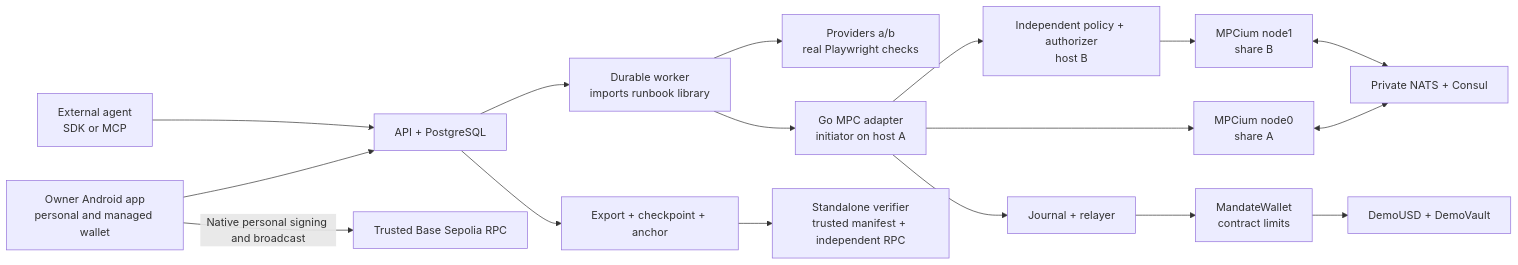
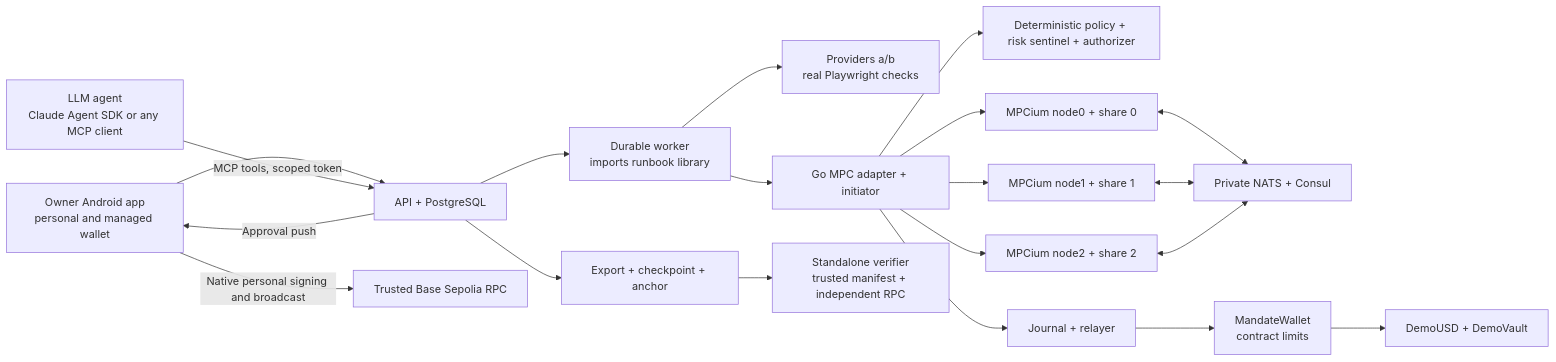
The diagram in FINAL PLAN.md (Safius-Sifat/Fintechathon), drawn with Mermaid before and after one commit. The commit also changed other lines of this file and 21 other files, not shown here.

First line of the commit message:
Plan v7: add LLM agent layer and agent-wallet policy controls

````diff
--- a/FINAL PLAN.md
+++ b/FINAL PLAN.md
@@ -48,19 +57,22 @@
 ```mermaid
 flowchart LR
   Phone[Owner Android app\npersonal and managed wallet] --> API[API + PostgreSQL]
   Phone -->|Native personal signing and broadcast| DirectRPC[Trusted Base Sepolia RPC]
-  Agent[External agent\nSDK or MCP] --> API
+  Agent[LLM agent\nClaude Agent SDK or any MCP client] -->|MCP tools, scoped token| API
+  API -->|Approval push| Phone
   API --> Worker[Durable worker\nimports runbook library]
   Worker --> Provider[Providers a/b\nreal Playwright checks]
-  Worker --> Adapter[Go MPC adapter\ninitiator on host A]
-  Adapter --> Policy[Independent policy + authorizer\nhost B]
-  Adapter --> N0[MPCium node0\nshare A]
-  Policy --> N1[MPCium node1\nshare B]
+  Worker --> Adapter[Go MPC adapter + initiator]
+  Adapter --> Policy[Deterministic policy + risk sentinel + authorizer]
+  Adapter --> N0[MPCium node0 + share 0]
+  Adapter --> N1[MPCium node1 + share 1]
+  Adapter --> N2[MPCium node2 + share 2]
   N0 <--> Bus[Private NATS + Consul]
   N1 <--> Bus
+  N2 <--> Bus
   Adapter --> Relay[Journal + relayer]
   Relay --> Wallet[MandateWallet\ncontract limits]
   Wallet --> Assets[DemoUSD + DemoVault]
   API --> Receipt[Export + checkpoint + anchor]
   Receipt --> Inspect[Standalone verifier\ntrusted manifest + independent RPC]
 ```
````
